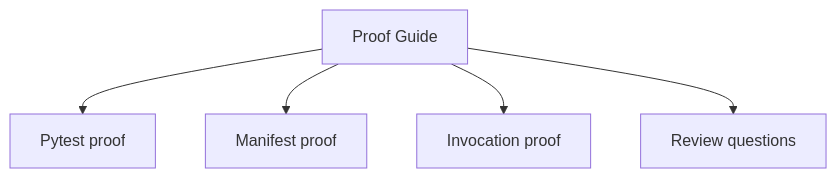
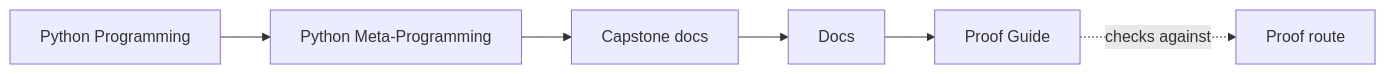
One commit to bijux/bijux-masterclass changed the first of 2 diagrams in programs/python-programming/python-meta-programming/capstone/docs/proof-guide.md. Above: the diagram before and after it, drawn with Mermaid. The commit also changed other lines of this file and 91 other files, not shown here.

Commit message:
docs(python-meta-programming): map advanced runtime and capstone surfaces

````diff
--- a/programs/python-programming/python-meta-programming/capstone/docs/proof-guide.md
+++ b/programs/python-programming/python-meta-programming/capstone/docs/proof-guide.md
@@ -6,13 +6,12 @@
 ```mermaid
-graph TD
-  guide["Proof Guide"]
-  unit["Pytest proof"]
-  manifest["Manifest proof"]
-  invoke["Invocation proof"]
-  review["Review questions"]
+graph LR
+  family["Python Programming"]
+  program["Python Meta-Programming"]
+  guide["Capstone docs"]
+  section["Docs"]
+  page["Proof Guide"]
+  proof["Proof route"]
 
-  guide --> unit
-  guide --> manifest
-  guide --> invoke
-  guide --> review
+  family --> program --> guide --> section --> page
+  page -.checks against.-> proof
 ```
````
